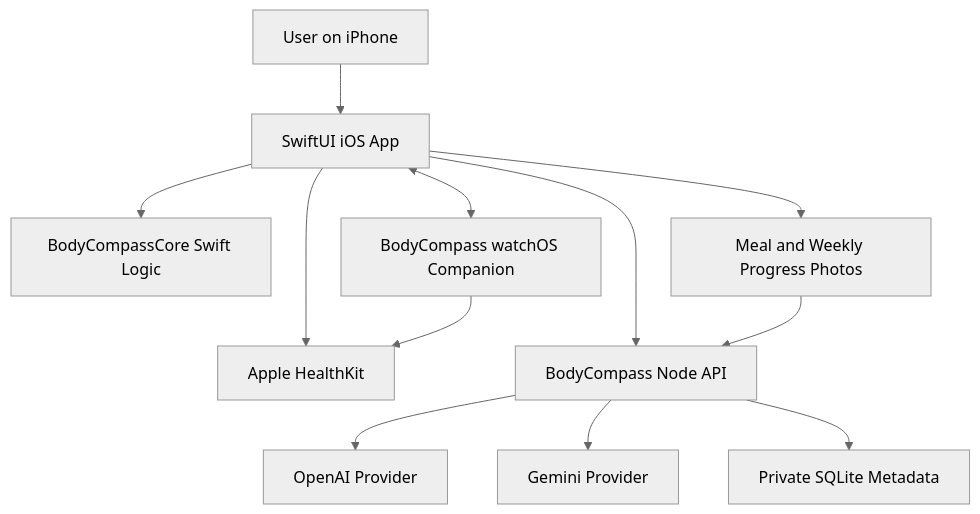
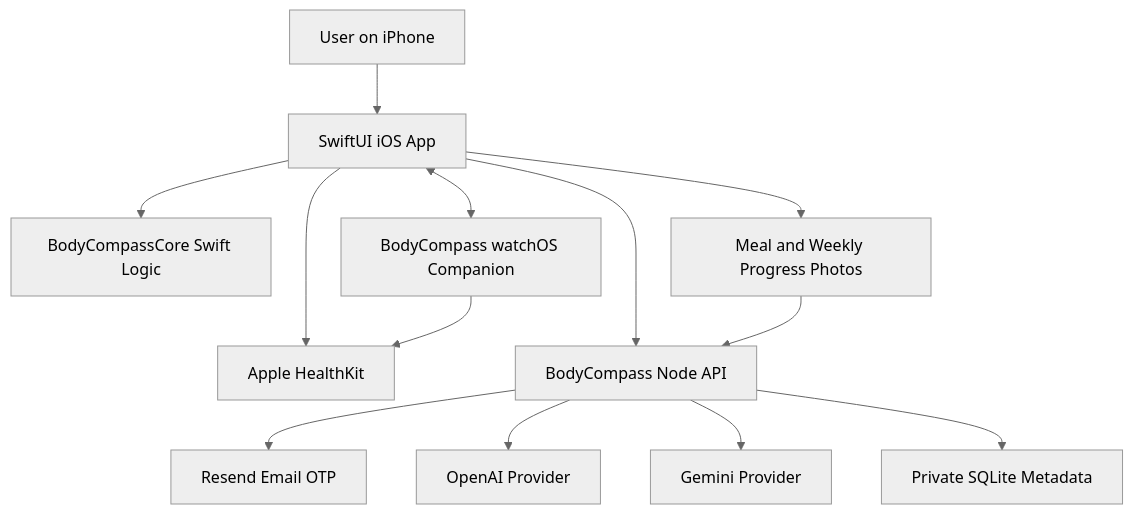
One commit to Rohanmond/BodyCompass changed the diagram in ai/architecture.md. Above: the diagram before and after it, drawn with Mermaid (neutral theme). The commit also changed other lines of this file and 28 other files, not shown here.

````diff
--- a/ai/architecture.md
+++ b/ai/architecture.md
@@ -5,14 +5,15 @@
 ```mermaid
 flowchart TD
     User["User on iPhone"] --> IOS["SwiftUI iOS App"]
     IOS --> Core["BodyCompassCore Swift Logic"]
     IOS --> HealthKit["Apple HealthKit"]
     IOS <--> Watch["BodyCompass watchOS Companion"]
     Watch --> HealthKit
     IOS --> API["BodyCompass Node API"]
+    API --> Email["Resend Email OTP"]
     API --> OpenAI["OpenAI Provider"]
     API --> Gemini["Gemini Provider"]
     API --> Store["Private SQLite Metadata"]
     IOS --> Photos["Meal and Weekly Progress Photos"]
     Photos --> API
 ```
````
